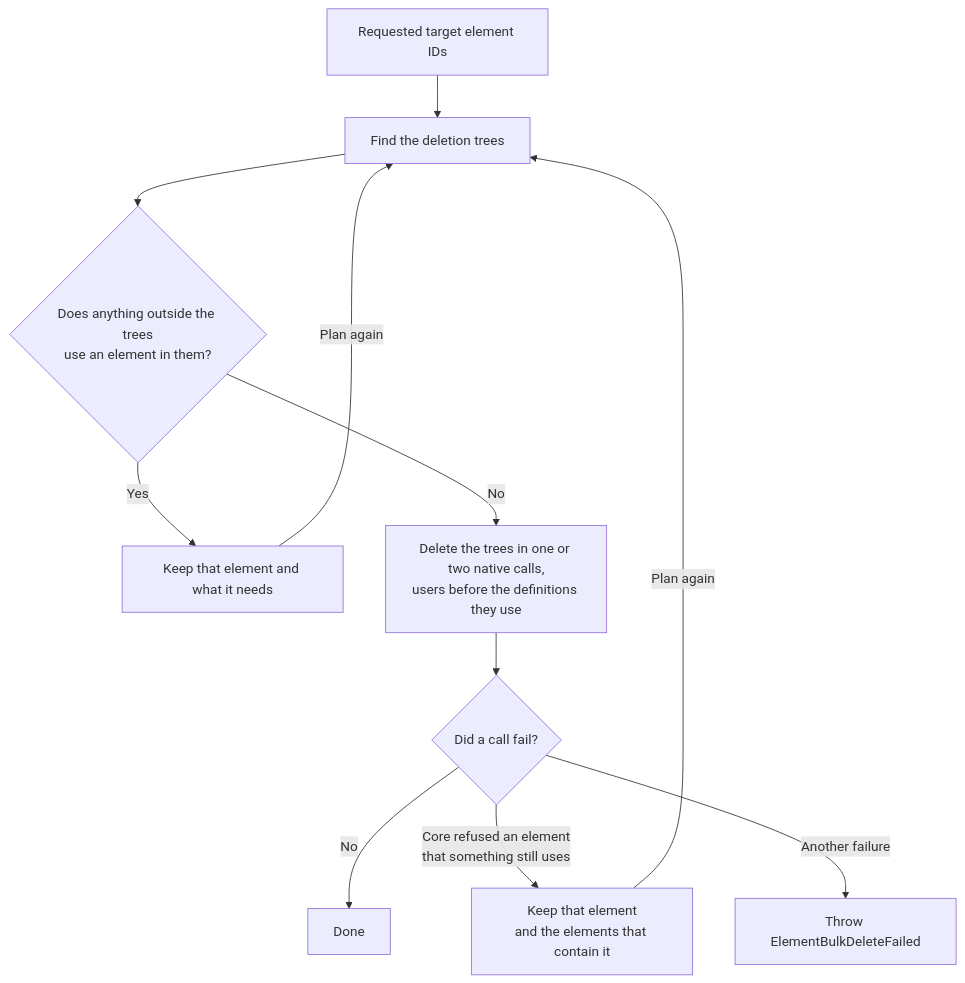
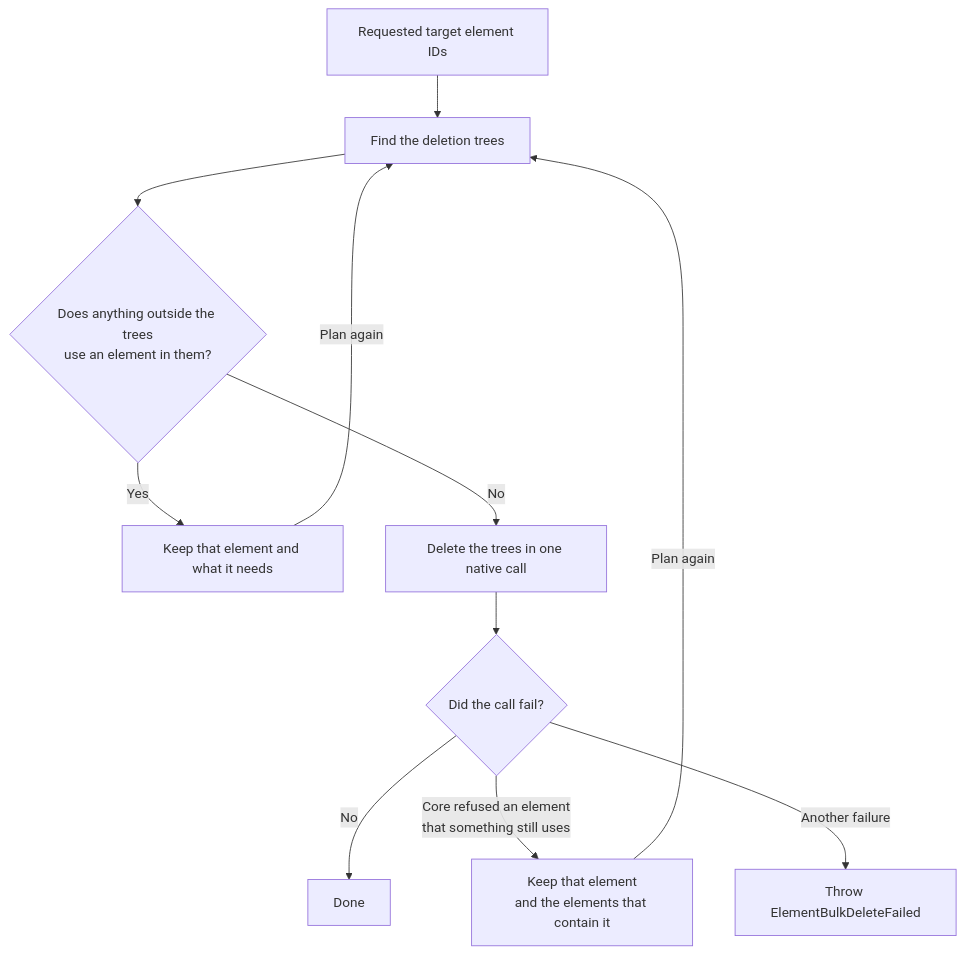
The diagram in docs/learning/transformer/element-deletion.md (iTwin/imodel-transformer), drawn with Mermaid before and after one commit. The commit also changed other lines of this file and 11 other files, not shown here.

First line of the commit message:
Delete intra-set definition users in one native bulk-delete call

````diff
--- a/docs/learning/transformer/element-deletion.md
+++ b/docs/learning/transformer/element-deletion.md
@@ -25,13 +25,13 @@
 ```mermaid
 flowchart TD
     A["Requested target element IDs"] --> B["Find the deletion trees"]
     B --> C{"Does anything outside the trees<br/>use an element in them?"}
     C -->|"Yes"| D["Keep that element and what it needs"]
     D -->|"Plan again"| B
-    C -->|"No"| E["Delete the trees in one or two native calls,<br/>users before the definitions they use"]
-    E --> F{"Did a call fail?"}
+    C -->|"No"| E["Delete the trees in one native call"]
+    E --> F{"Did the call fail?"}
     F -->|"No"| G["Done"]
     F -->|"Core refused an element<br/>that something still uses"| I["Keep that element<br/>and the elements that contain it"]
     I -->|"Plan again"| B
     F -->|"Another failure"| H["Throw ElementBulkDeleteFailed"]
 ```
````
